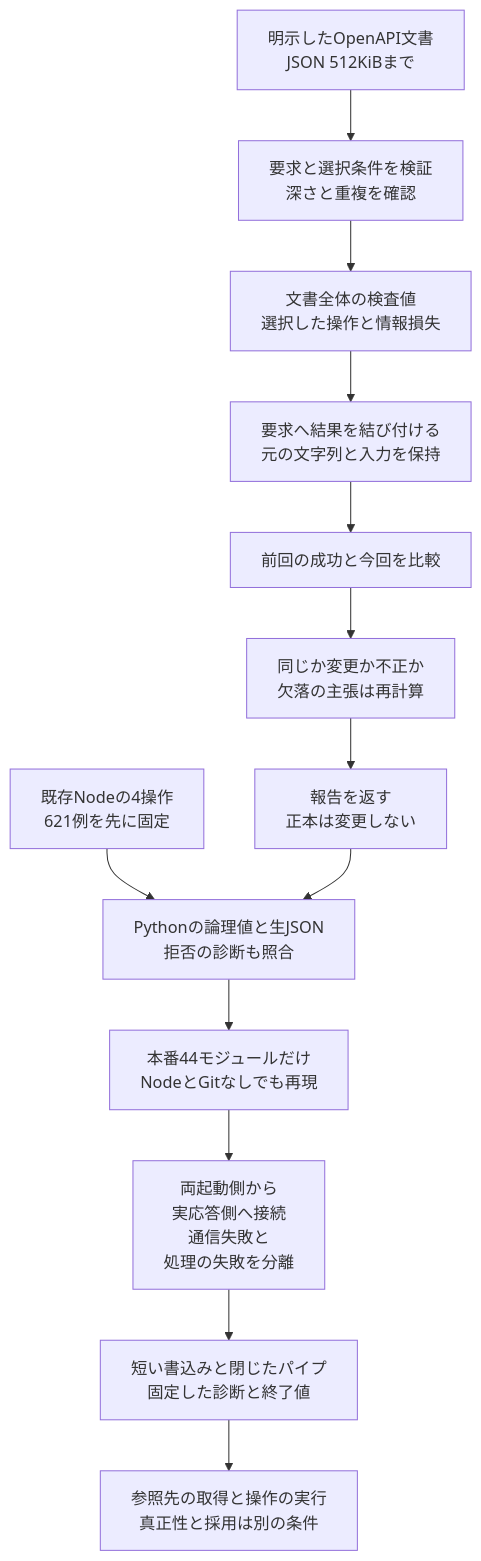
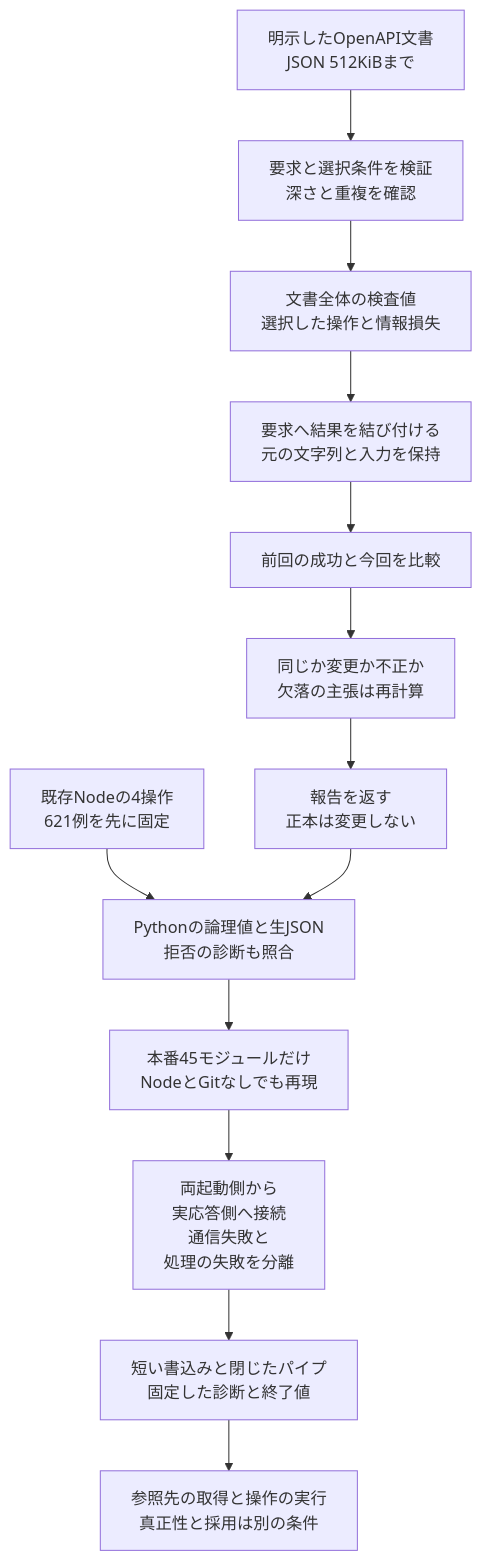
The diagram in docs/diagrams/python-openapi-import.mmd (koukemo/morivyx), drawn with Mermaid before and after one commit. The commit also changed 40 other files, not shown here.

```diff
--- a/docs/diagrams/python-openapi-import.mmd
+++ b/docs/diagrams/python-openapi-import.mmd
@@ -1,13 +1,13 @@
 flowchart TD
   A[明示したOpenAPI文書<br/>JSON 512KiBまで] --> B[要求と選択条件を検証<br/>深さと重複を確認]
   B --> C[文書全体の検査値<br/>選択した操作と情報損失]
   C --> D[要求へ結果を結び付ける<br/>元の文字列と入力を保持]
   D --> E[前回の成功と今回を比較]
   E --> F[同じか変更か不正か<br/>欠落の主張は再計算]
   F --> G[報告を返す<br/>正本は変更しない]
   H[既存Nodeの4操作<br/>621例を先に固定] --> I[Pythonの論理値と生JSON<br/>拒否の診断も照合]
   G --> I
-  I --> J[本番44モジュールだけ<br/>NodeとGitなしでも再現]
+  I --> J[本番45モジュールだけ<br/>NodeとGitなしでも再現]
   J --> K[両起動側から<br/>実応答側へ接続<br/>通信失敗と<br/>処理の失敗を分離]
   K --> L[短い書込みと閉じたパイプ<br/>固定した診断と終了値]
   L --> M[参照先の取得と操作の実行<br/>真正性と採用は別の条件]
```
